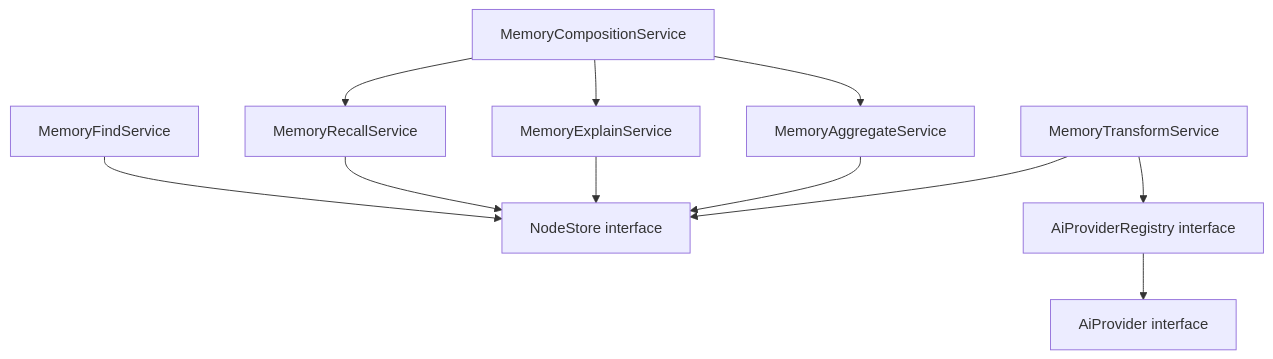
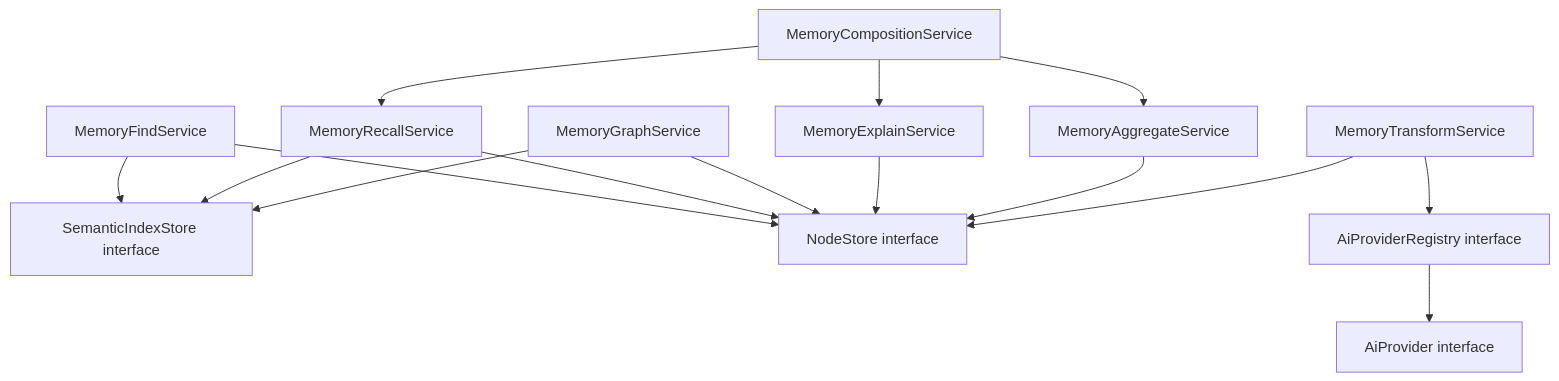
One commit to EntasisLabs/locus changed the second of 8 diagrams in docs/sdk-architecture.md. Above: the diagram before and after it, drawn with Mermaid. The commit also changed other lines of this file and 38 other files, not shown here.

````diff
--- a/docs/sdk-architecture.md
+++ b/docs/sdk-architecture.md
@@ -74,23 +76,29 @@
 ```mermaid
 flowchart TD
     MCS[MemoryCompositionService]
     MFS[MemoryFindService]
     MRS[MemoryRecallService]
     MES[MemoryExplainService]
     MAS[MemoryAggregateService]
     MTS[MemoryTransformService]
+    MGS[MemoryGraphService]
+    SIS[SemanticIndexStore interface]
     NS[NodeStore interface]
     APR[AiProviderRegistry interface]
     AP[AiProvider interface]
 
     MCS --> MRS
     MCS --> MES
     MCS --> MAS
     MFS --> NS
+    MFS --> SIS
     MRS --> NS
+    MRS --> SIS
+    MGS --> NS
+    MGS --> SIS
     MES --> NS
     MAS --> NS
     MTS --> NS
     MTS --> APR
     APR --> AP
 ```
````
